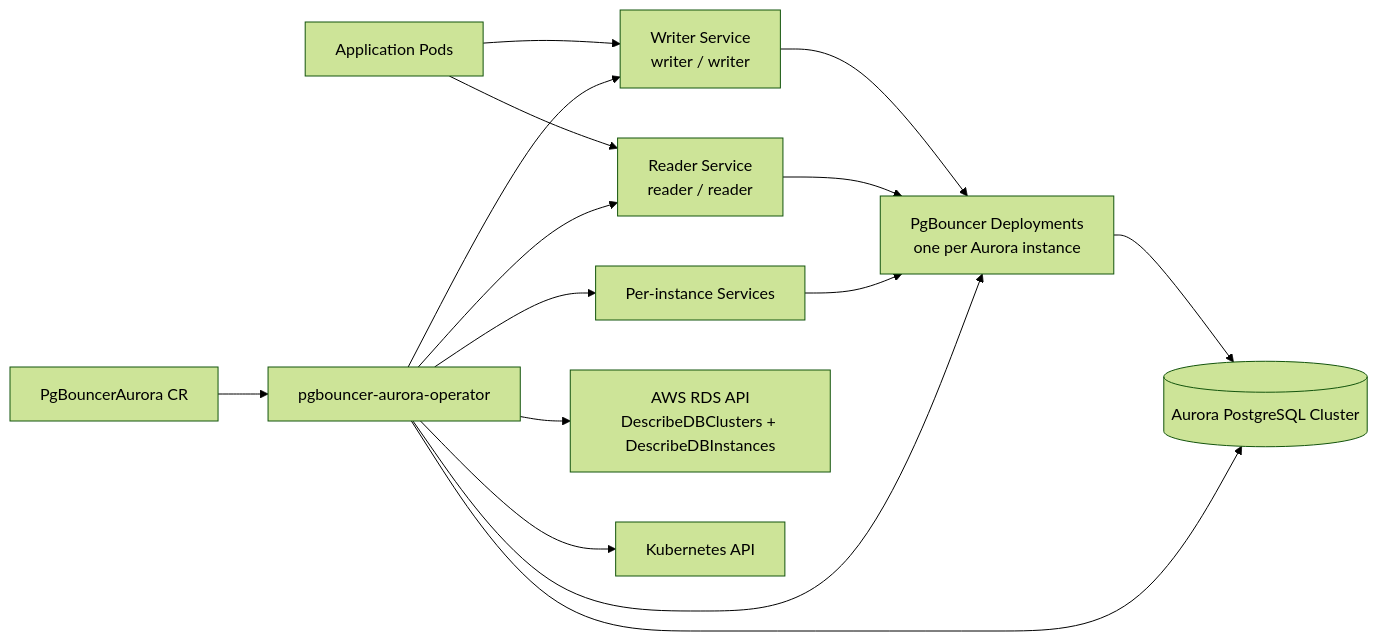
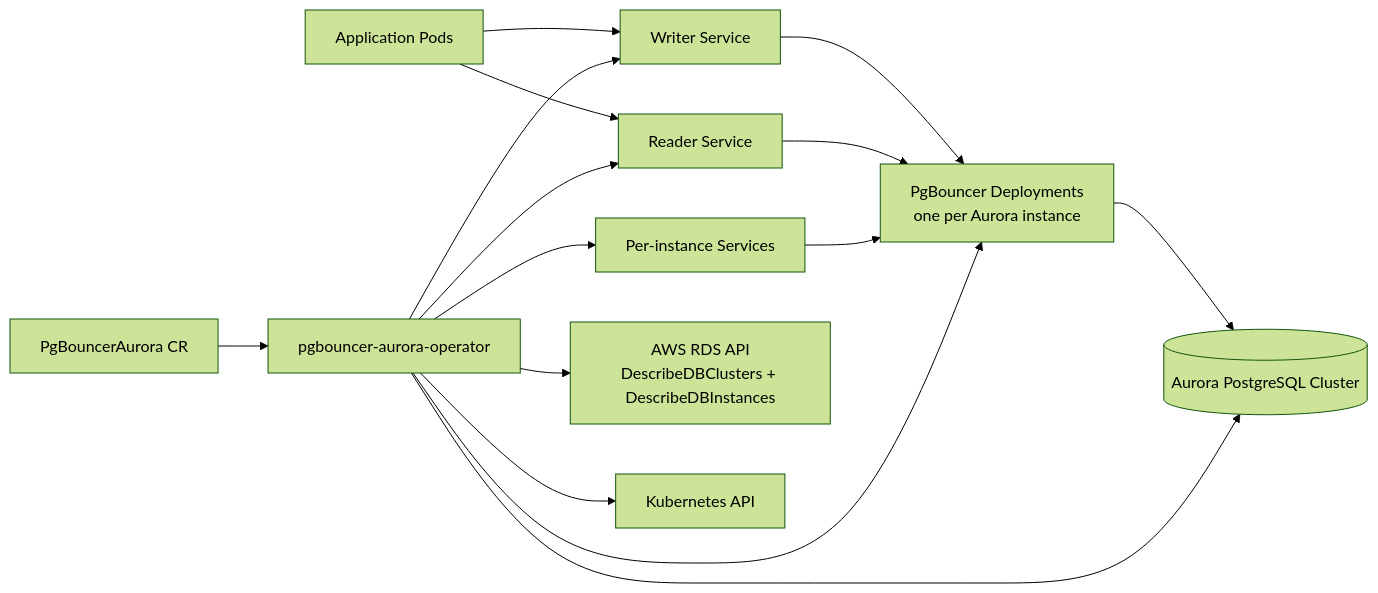
The diagram in README.md (case-88/pgbouncer-aurora-operator), drawn with Mermaid (forest theme) before and after one commit. The commit also changed other lines of this file, not shown here.

````diff
--- a/README.md
+++ b/README.md
@@ -21,29 +27,29 @@
 ```mermaid
 flowchart LR
   App[Application Pods]
-  WriterSvc[Writer Service\nwriter / writer]
-  ReaderSvc[Reader Service\nreader / reader]
+  WriterSvc[Writer Service]
+  ReaderSvc[Reader Service]
   PerSvc[Per-instance Services]
   Pods[PgBouncer Deployments\none per Aurora instance]
   Aurora[(Aurora PostgreSQL Cluster)]
   RDS[AWS RDS API\nDescribeDBClusters + DescribeDBInstances]
   CR[PgBouncerAurora CR]
   Operator[pgbouncer-aurora-operator]
   K8s[Kubernetes API]
 
   App --> WriterSvc
   App --> ReaderSvc
   WriterSvc --> Pods
   ReaderSvc --> Pods
   PerSvc --> Pods
   Pods --> Aurora
 
   CR --> Operator
   Operator --> K8s
   Operator --> Aurora
   Operator --> RDS
   Operator --> PerSvc
   Operator --> WriterSvc
   Operator --> ReaderSvc
   Operator --> Pods
 ```
````
